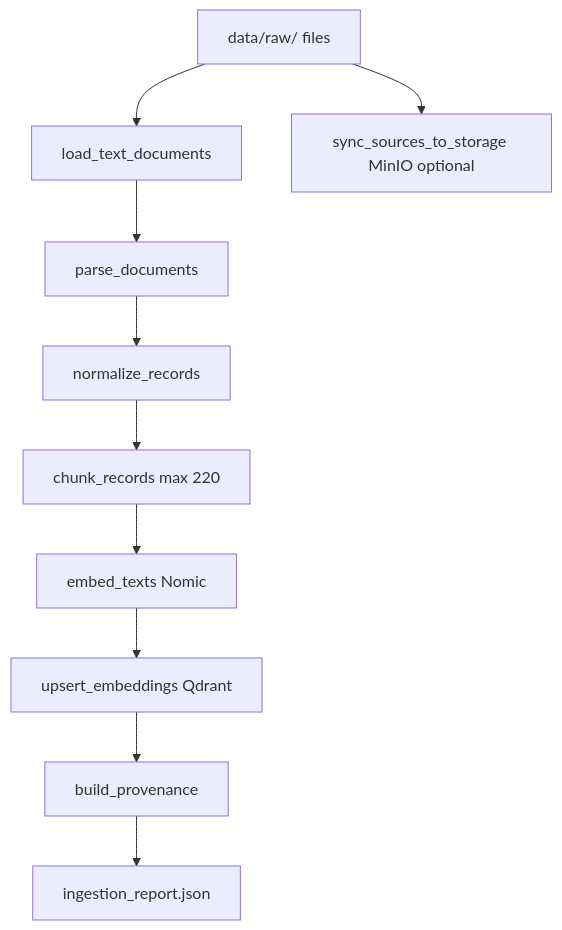
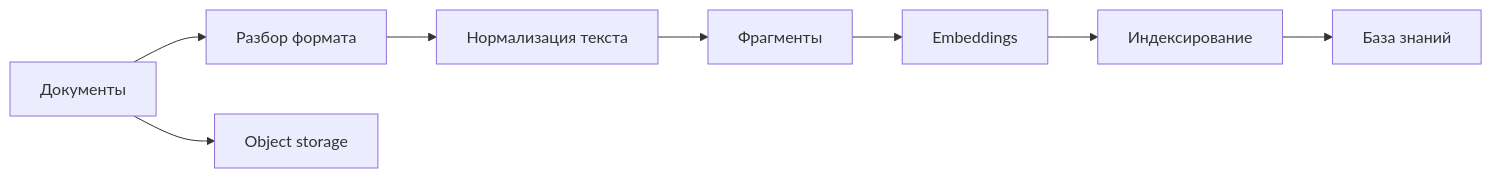
The third of 3 diagrams in docs/generated/03-system-architecture.md (Boldurev16/ea-agent-platform-docs), drawn with Mermaid before and after one commit. The commit also changed other lines of this file and 51 other files, not shown here.

````diff
--- a/docs/generated/03-system-architecture.md
+++ b/docs/generated/03-system-architecture.md
@@ -109,12 +96,10 @@
 ```mermaid
-flowchart TD
-    A["data/raw/ files"] --> B["load_text_documents"]
-    B --> C["parse_documents"]
-    C --> D["normalize_records"]
-    D --> E["chunk_records max 220"]
-    E --> F["embed_texts Nomic"]
-    F --> G["upsert_embeddings Qdrant"]
-    G --> H["build_provenance"]
-    H --> I["ingestion_report.json"]
-    A --> J["sync_sources_to_storage MinIO optional"]
+flowchart LR
+  files["Документы"] --> parse["Разбор формата"]
+  parse --> normalize["Нормализация текста"]
+  normalize --> chunks["Фрагменты"]
+  chunks --> embed["Embeddings"]
+  embed --> index["Индексирование"]
+  index --> kb["База знаний"]
+  files --> storage["Object storage"]
 ```
````
